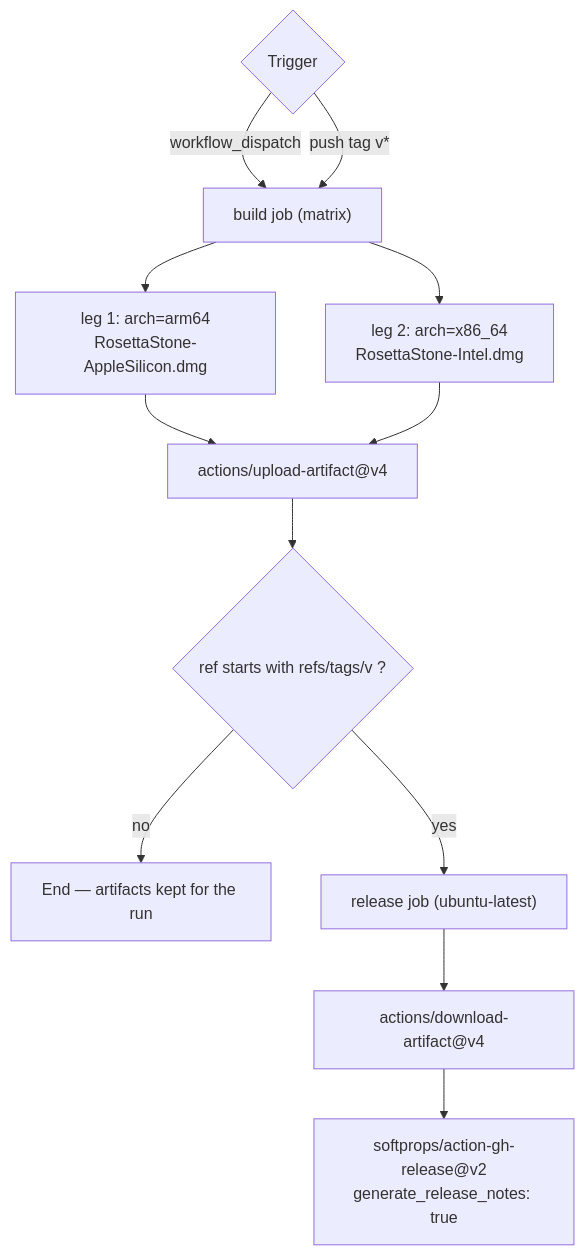
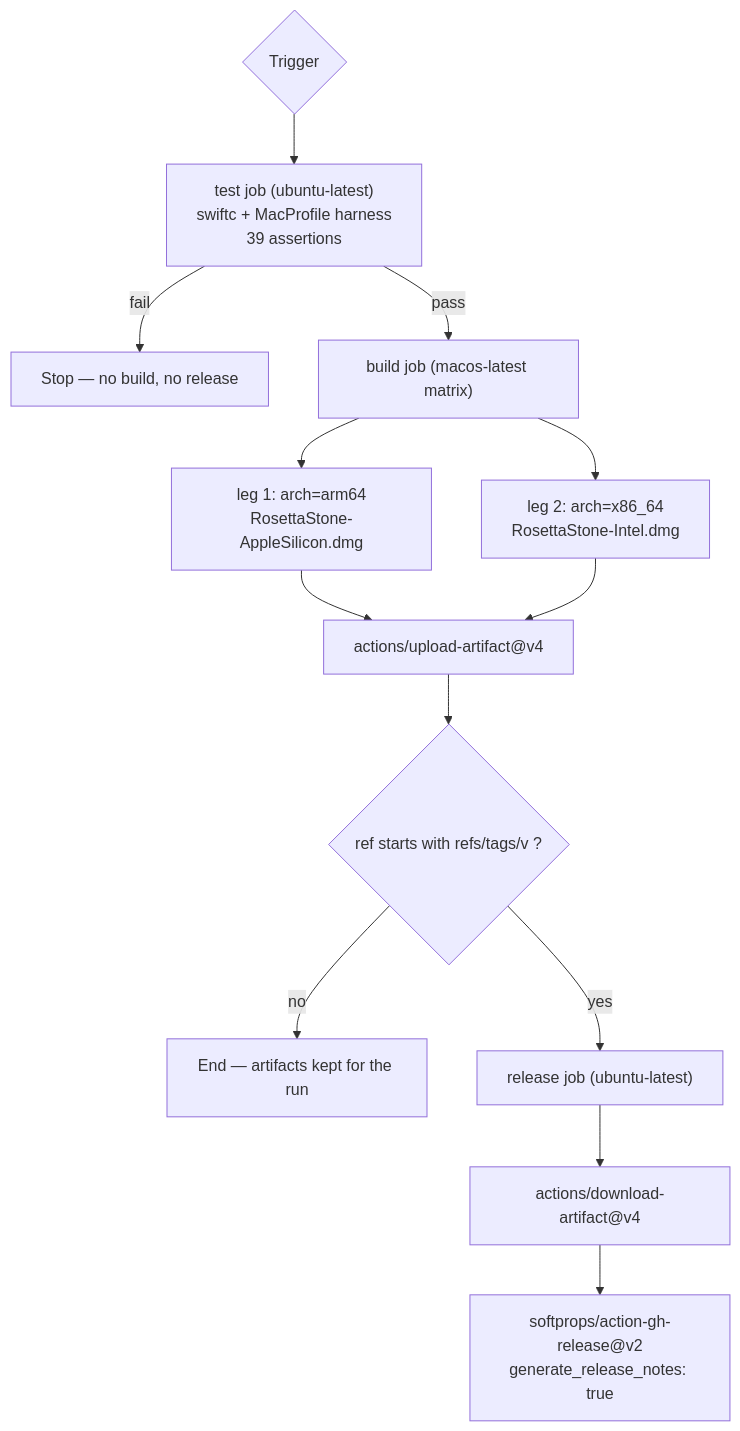
Before and after one commit to pppoipoit/Rosetta_Stone: the diagram in docs/CI-CD.md, drawn with Mermaid. The commit also changed other lines of this file and 5 other files, not shown here.

First line of the commit message:
ci: enforce the MacProfile harness with a test job

````diff
--- a/docs/CI-CD.md
+++ b/docs/CI-CD.md
@@ -18,14 +22,15 @@
 ```mermaid
 flowchart TD
-    A{"Trigger"} -->|workflow_dispatch| B["build job (matrix)"]
-    A -->|"push tag v*"| B
+    A{"Trigger"} --> T["test job (ubuntu-latest)<br/>swiftc + MacProfile harness<br/>39 assertions"]
+    T -- fail --> X["Stop — no build, no release"]
+    T -- pass --> B["build job (macos-latest matrix)"]
     B --> C1["leg 1: arch=arm64<br/>RosettaStone-AppleSilicon.dmg"]
     B --> C2["leg 2: arch=x86_64<br/>RosettaStone-Intel.dmg"]
     C1 --> D["actions/upload-artifact@v4"]
     C2 --> D
     D --> E{"ref starts with refs/tags/v ?"}
     E -- no --> F["End — artifacts kept for the run"]
     E -- yes --> G["release job (ubuntu-latest)"]
     G --> H["actions/download-artifact@v4"]
     H --> I["softprops/action-gh-release@v2<br/>generate_release_notes: true"]
 ```
````
